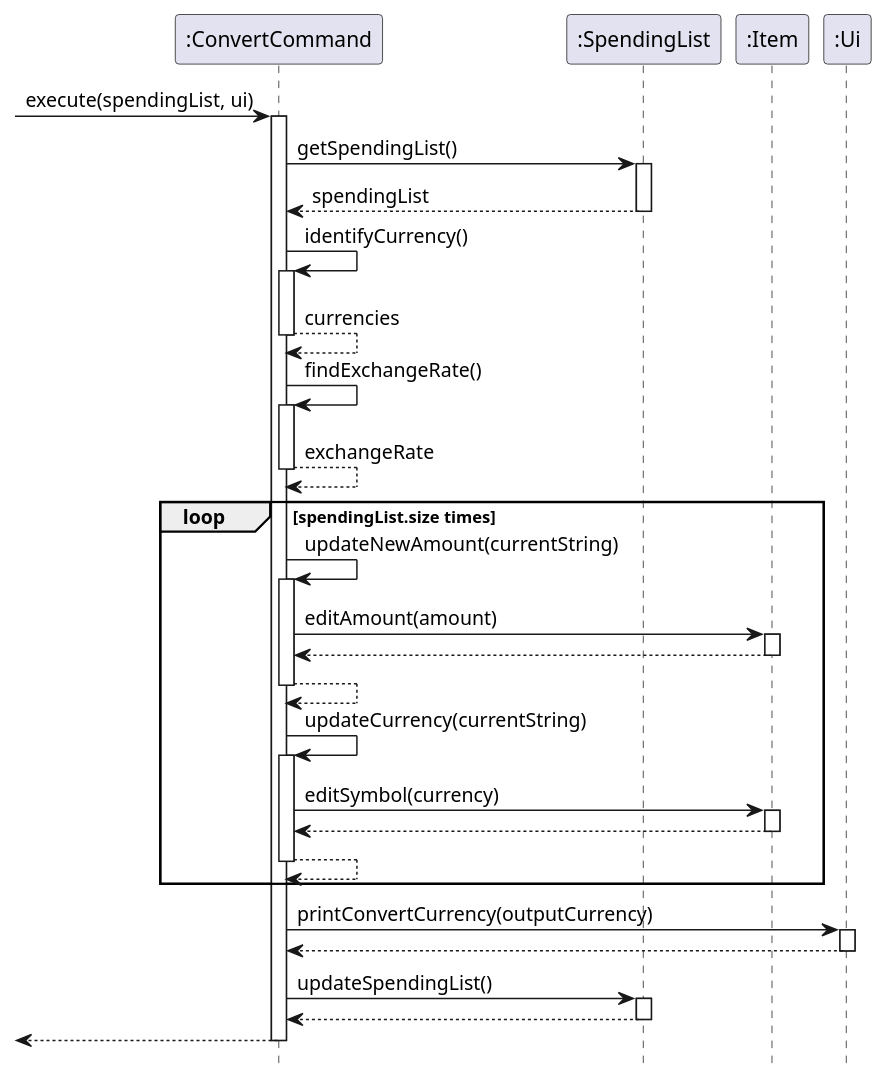
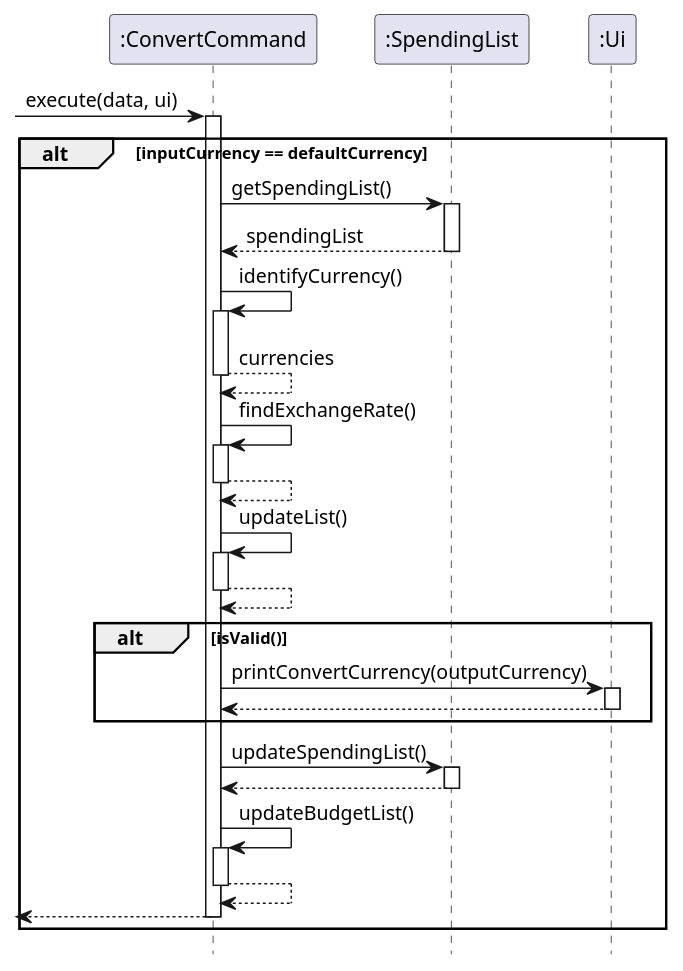
Before and after one commit to xieyaoyue/tp: the diagram in src/uml/sequence diagrams/ConvertCommand.puml, drawn with PlantUML. The commit also changed 35 other files, not shown here.

```diff
--- a/src/uml/sequence diagrams/ConvertCommand.puml
+++ b/src/uml/sequence diagrams/ConvertCommand.puml
@@ -1,45 +1,39 @@
 @startuml
 hide footbox
-->":ConvertCommand":execute(spendingList, ui)
+->":ConvertCommand":execute(data, ui)
+alt inputCurrency == defaultCurrency
 activate ":ConvertCommand"
 ":ConvertCommand"->":SpendingList":getSpendingList()
 activate ":SpendingList"
 ":SpendingList"-->":ConvertCommand":spendingList
 deactivate ":SpendingList"
 ":ConvertCommand"->":ConvertCommand":identifyCurrency()
 activate ":ConvertCommand"
 ":ConvertCommand"-->":ConvertCommand":currencies
 deactivate ":ConvertCommand"
 ":ConvertCommand"->":ConvertCommand":findExchangeRate()
 activate ":ConvertCommand"
-":ConvertCommand"-->":ConvertCommand":exchangeRate
-deactivate ":ConvertCommand"
-loop spendingList.size times
-":ConvertCommand"->":ConvertCommand":updateNewAmount(currentString)
-activate ":ConvertCommand"
-":ConvertCommand"->":Item":editAmount(amount)
-activate ":Item"
-":Item"-->":ConvertCommand":
-deactivate ":Item"
 ":ConvertCommand"-->":ConvertCommand":
 deactivate ":ConvertCommand"
-":ConvertCommand"->":ConvertCommand":updateCurrency(currentString)
+":ConvertCommand"->":ConvertCommand":updateList()
 activate ":ConvertCommand"
-":ConvertCommand"->":Item":editSymbol(currency)
-activate ":Item"
-":Item"-->":ConvertCommand":
-deactivate ":Item"
 ":ConvertCommand"-->":ConvertCommand":
 deactivate ":ConvertCommand"
-end
+alt isValid()
 ":ConvertCommand"->":Ui":printConvertCurrency(outputCurrency)
 activate ":Ui"
 ":Ui"-->":ConvertCommand":
 deactivate ":Ui"
+end
 ":ConvertCommand"->":SpendingList":updateSpendingList()
 activate ":SpendingList"
 ":SpendingList"-->":ConvertCommand":
 deactivate ":SpendingList"
+":ConvertCommand"->":ConvertCommand":updateBudgetList()
+activate ":ConvertCommand"
+":ConvertCommand"-->":ConvertCommand":
+deactivate ":ConvertCommand"
 <--":ConvertCommand"
 deactivate ":ConvertCommand"
+end
 @enduml
```
